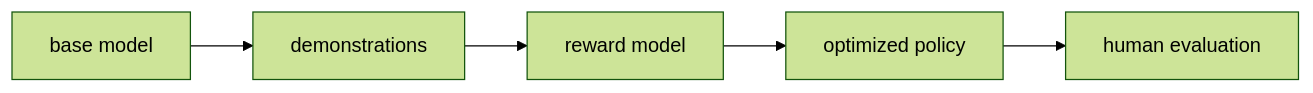
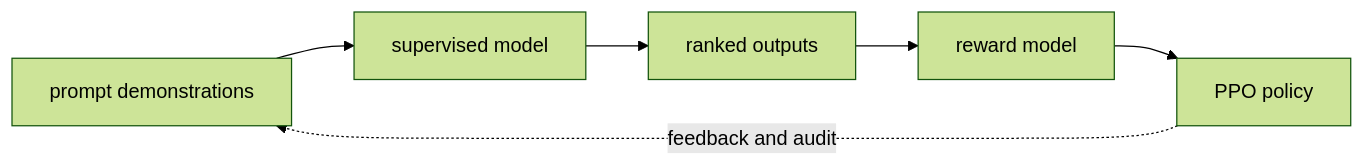
Before and after one commit to niyama-admin/learning-lab: the first of 2 diagrams in llm-learning-repository/tutorials/02-building/08-instructgpt.md, drawn with Mermaid (forest theme). The commit also changed other lines of this file and 24 other files, not shown here.

````diff
--- a/llm-learning-repository/tutorials/02-building/08-instructgpt.md
+++ b/llm-learning-repository/tutorials/02-building/08-instructgpt.md
@@ -9,7 +22,8 @@
 ```mermaid
 flowchart LR
-  A["base model"] --> B["demonstrations"]
-  B["demonstrations"] --> C["reward model"]
-  C["reward model"] --> D["optimized policy"]
-  D["optimized policy"] --> E["human evaluation"]
+  A["prompt demonstrations"] --> B["supervised model"]
+  B --> C["ranked outputs"]
+  C --> D["reward model"]
+  D --> E["PPO policy"]
+  E -. feedback and audit .-> A
 ```
````
